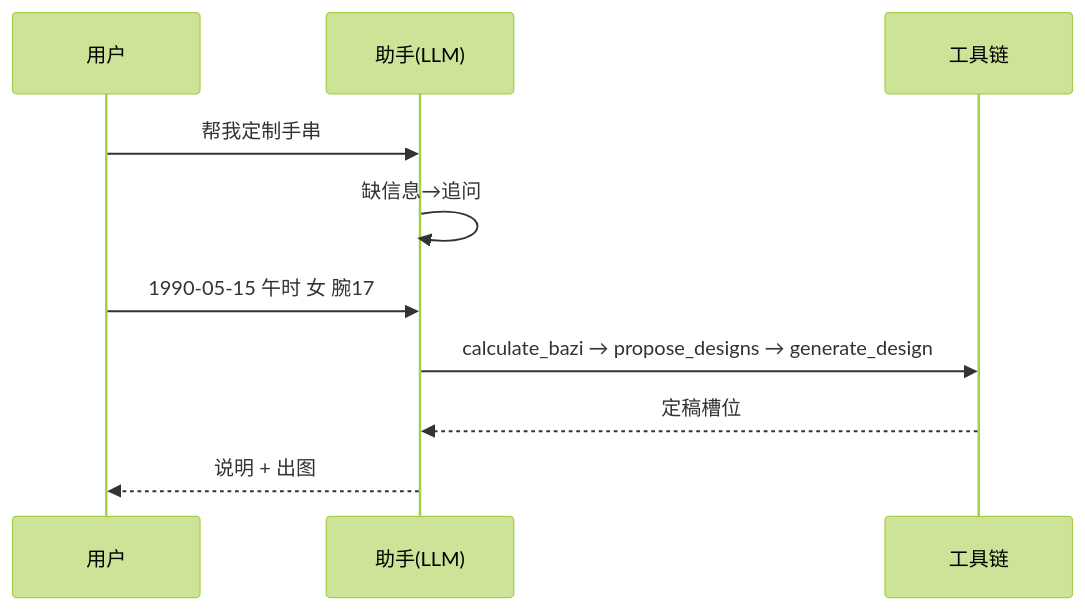
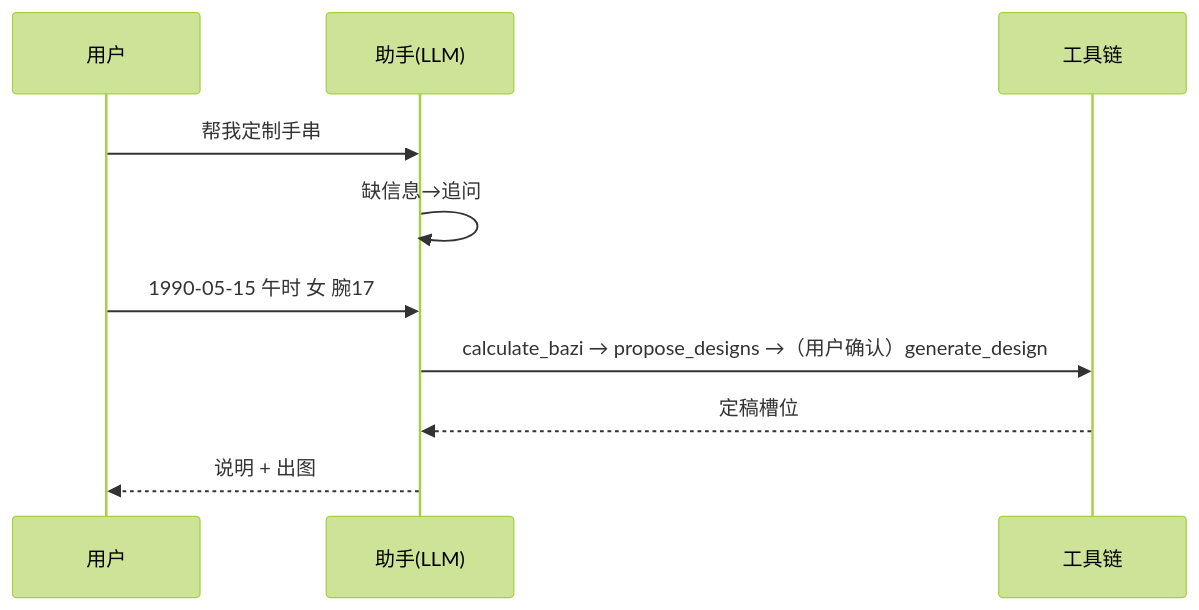
Before and after one commit to ZiFan1117/software-atom-market: the third of 4 diagrams in atoms/bazidiy.assistant_preset.atom.md, drawn with Mermaid (forest theme). The commit also changed other lines of this file, not shown here.

Commit message:
atoms: update bazidiy.assistant_preset flow (image only after style confirmation)

````diff
--- a/atoms/bazidiy.assistant_preset.atom.md
+++ b/atoms/bazidiy.assistant_preset.atom.md
@@ -52,12 +52,12 @@
 ```mermaid
 sequenceDiagram
 participant U as 用户
 participant P as 助手(LLM)
 participant T as 工具链
 U->>P: 帮我定制手串
 P->>P: 缺信息→追问
 U->>P: 1990-05-15 午时 女 腕17
-P->>T: calculate_bazi → propose_designs → generate_design
+P->>T: calculate_bazi → propose_designs →（用户确认）generate_design
 T-->>P: 定稿槽位
 P-->>U: 说明 + 出图
 ```
````
